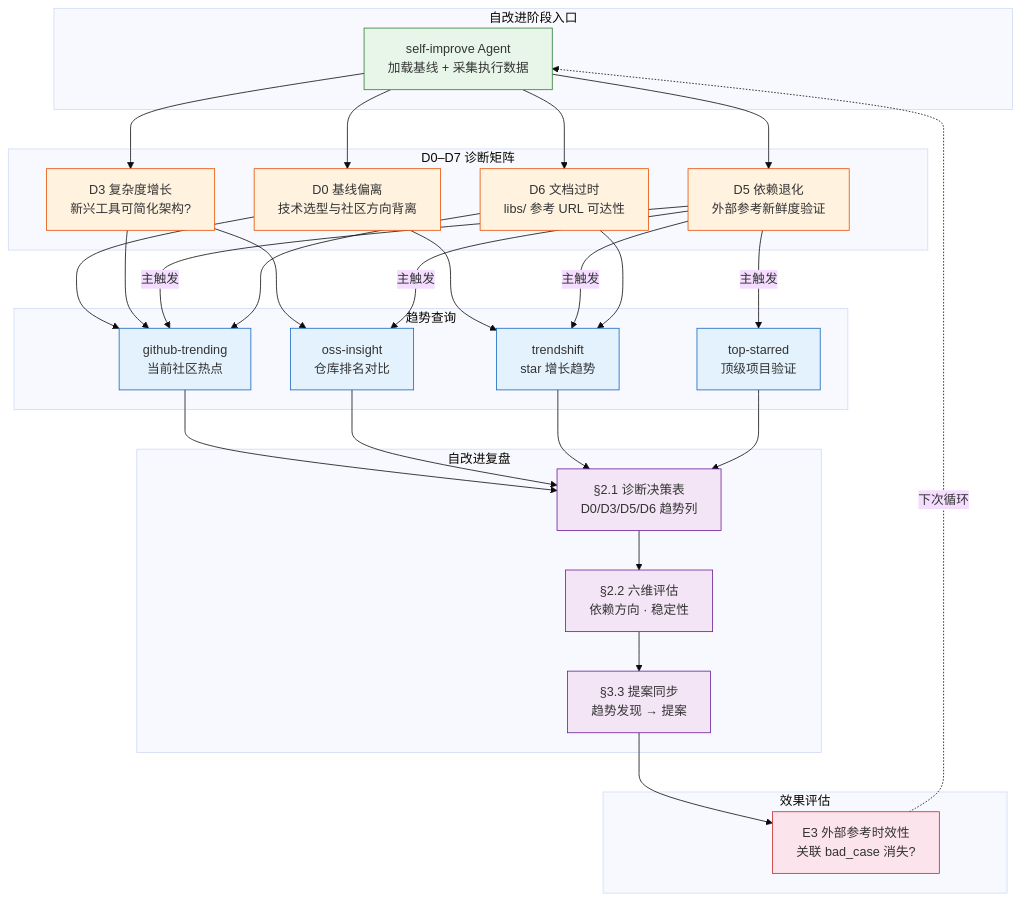
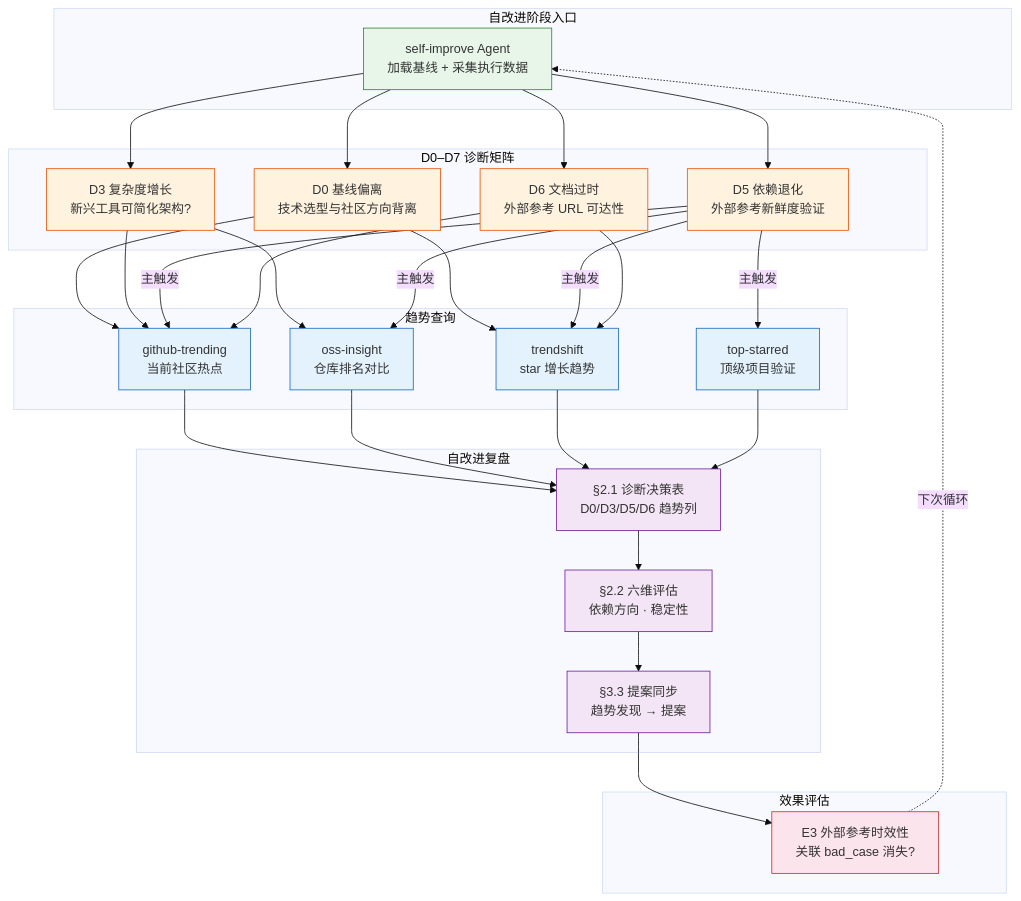
Before and after one commit to effiy/YrY: the second of 4 diagrams in skills/rui-trends/SKILL.md, drawn with Mermaid (base theme). The commit also changed other lines of this file and 50 other files, not shown here.

````diff
--- a/skills/rui-trends/SKILL.md
+++ b/skills/rui-trends/SKILL.md
@@ -115,47 +117,47 @@
 ```mermaid
 flowchart TB
     subgraph 触发["自改进阶段入口"]
         SELF["self-improve Agent<br/>加载基线 + 采集执行数据"]:::phase
     end
 
     subgraph 诊断["D0–D7 诊断矩阵"]
         D0["D0 基线偏离<br/>技术选型与社区方向背离"]:::diag
         D3["D3 复杂度增长<br/>新兴工具可简化架构?"]:::diag
         D5["D5 依赖退化<br/>外部参考新鲜度验证"]:::diag
-        D6["D6 文档过时<br/>libs/ 参考 URL 可达性"]:::diag
+        D6["D6 文档过时<br/>外部参考 URL 可达性"]:::diag
     end
 
     subgraph 查询["趋势查询"]
         GT["github-trending<br/>当前社区热点"]:::action
         OI["oss-insight<br/>仓库排名对比"]:::action
         TS["trendshift<br/>star 增长趋势"]:::action
         TSR["top-starred<br/>顶级项目验证"]:::action
     end
 
     subgraph 输出["自改进复盘"]
         R21["§2.1 诊断决策表<br/>D0/D3/D5/D6 趋势列"]:::out
         R22["§2.2 六维评估<br/>依赖方向 · 稳定性"]:::out
         R33["§3.3 提案同步<br/>趋势发现 → 提案"]:::out
     end
 
     subgraph 评估["效果评估"]
         E3["E3 外部参考时效性<br/>关联 bad_case 消失?"]:::eval
     end
 
     SELF --> D0 & D3 & D5 & D6
     D0 --> GT & TS
     D3 --> GT & OI
     D5 -->|"主触发"| GT & OI & TS & TSR
     D6 --> GT & TS
     GT & OI & TS & TSR --> R21
     R21 --> R22
     R22 --> R33
     R33 --> E3
     E3 -.->|"下次循环"| SELF
 
     classDef phase fill:#e8f5e9,stroke:#2e7d32;
     classDef diag fill:#fff3e0,stroke:#e65100;
     classDef action fill:#e3f2fd,stroke:#1565c0;
     classDef out fill:#f3e5f5,stroke:#6a1b9a;
     classDef eval fill:#fce4ec,stroke:#c62828;
 ```
````
